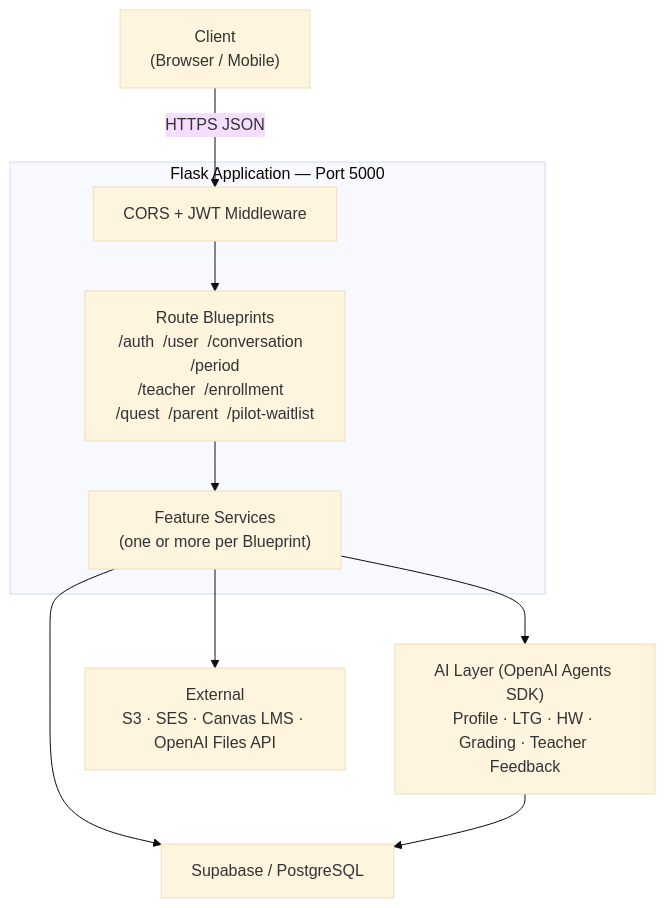
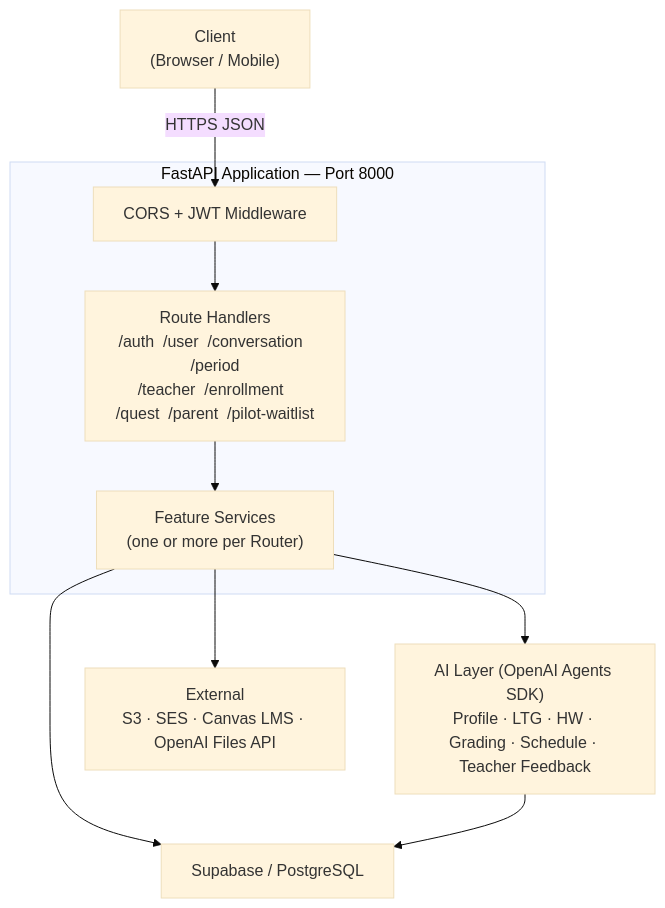
One commit to EduQuest-AI-Inc/eduquest-backend changed the first of 22 diagrams in ARCHITECTURE.md. Above: the diagram before and after it, drawn with Mermaid (base theme). The commit also changed other lines of this file, not shown here.

````diff
--- a/ARCHITECTURE.md
+++ b/ARCHITECTURE.md
@@ -7,20 +7,20 @@
 ```mermaid
 graph TB
     Client["Client<br/>(Browser / Mobile)"]
 
-    subgraph Flask["Flask Application — Port 5000"]
+    subgraph FastAPI["FastAPI Application — Port 8000"]
         MW["CORS + JWT Middleware"]
-        BP["Route Blueprints<br/>/auth  /user  /conversation  /period<br/>/teacher  /enrollment  /quest  /parent  /pilot-waitlist"]
-        Svc["Feature Services<br/>(one or more per Blueprint)"]
+        BP["Route Handlers<br/>/auth  /user  /conversation  /period<br/>/teacher  /enrollment  /quest  /parent  /pilot-waitlist"]
+        Svc["Feature Services<br/>(one or more per Router)"]
     end
 
-    AI["AI Layer (OpenAI Agents SDK)<br/>Profile · LTG · HW · Grading · Teacher Feedback"]
+    AI["AI Layer (OpenAI Agents SDK)<br/>Profile · LTG · HW · Grading · Schedule · Teacher Feedback"]
     DB["Supabase / PostgreSQL"]
     Ext["External<br/>S3 · SES · Canvas LMS · OpenAI Files API"]
 
     Client -->|HTTPS JSON| MW
     MW --> BP
     BP --> Svc
     Svc --> AI & DB & Ext
     AI --> DB
 ```
````
